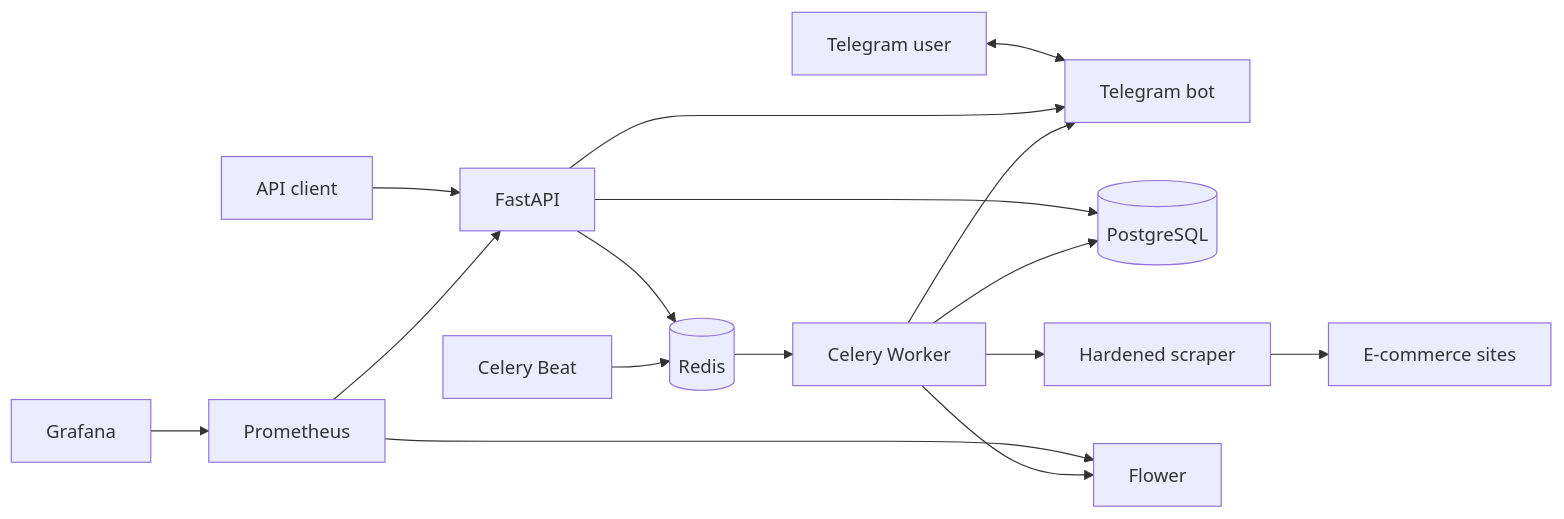
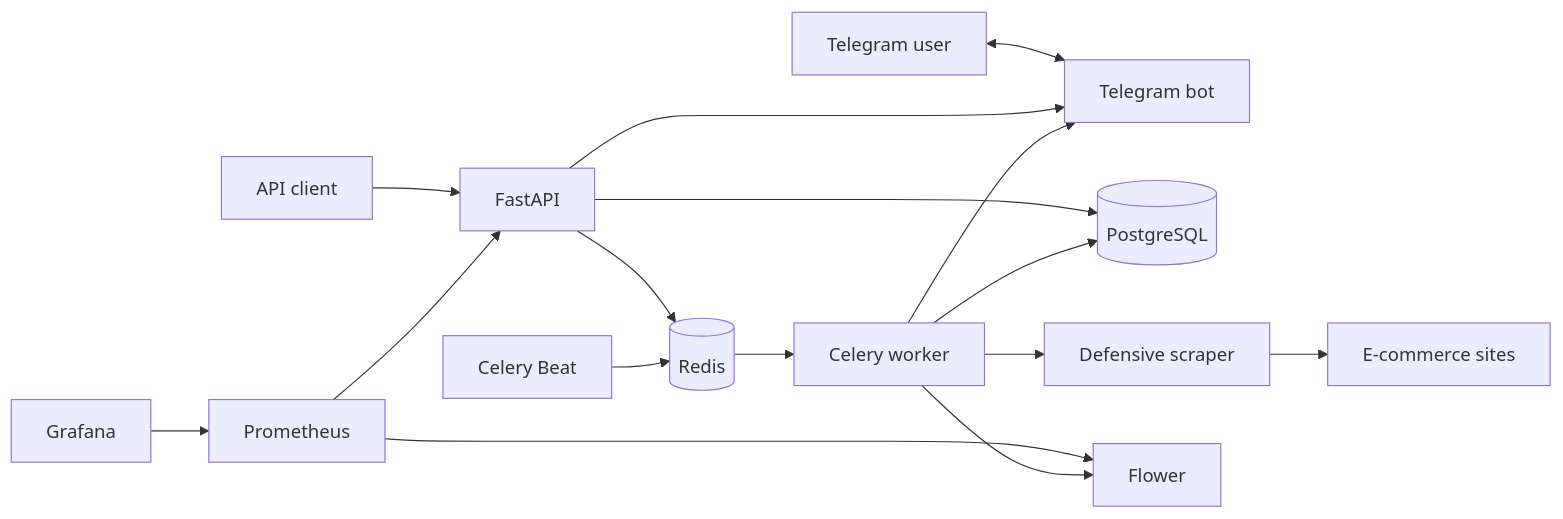
One commit to bohdan-tur/Price-Tracker changed the diagram in README.md. Above: the diagram before and after it, drawn with Mermaid. The commit also changed other lines of this file, not shown here.

````diff
--- a/README.md
+++ b/README.md
@@ -27,21 +32,21 @@
 ```mermaid
 flowchart LR
     Client[API client] --> API[FastAPI]
     TelegramUser[Telegram user] <--> Bot[Telegram bot]
 
     API --> DB[(PostgreSQL)]
     API --> Redis[(Redis)]
     API --> Bot
 
     Beat[Celery Beat] --> Redis
-    Redis --> Worker[Celery Worker]
-    Worker --> Scraper[Hardened scraper]
+    Redis --> Worker[Celery worker]
+    Worker --> Scraper[Defensive scraper]
     Scraper --> Shops[E-commerce sites]
     Worker --> DB
     Worker --> Bot
 
-    Prometheus[Prometheus] --> API
-    Prometheus --> Flower[Flower]
-    Grafana[Grafana] --> Prometheus
+    Prometheus --> API
+    Prometheus --> Flower
+    Grafana --> Prometheus
     Worker --> Flower
 ```
````
